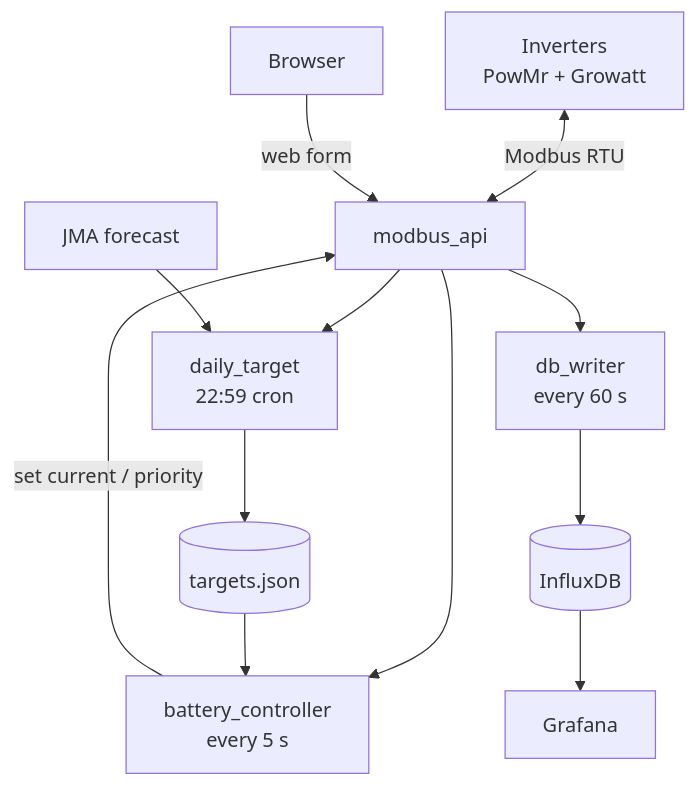
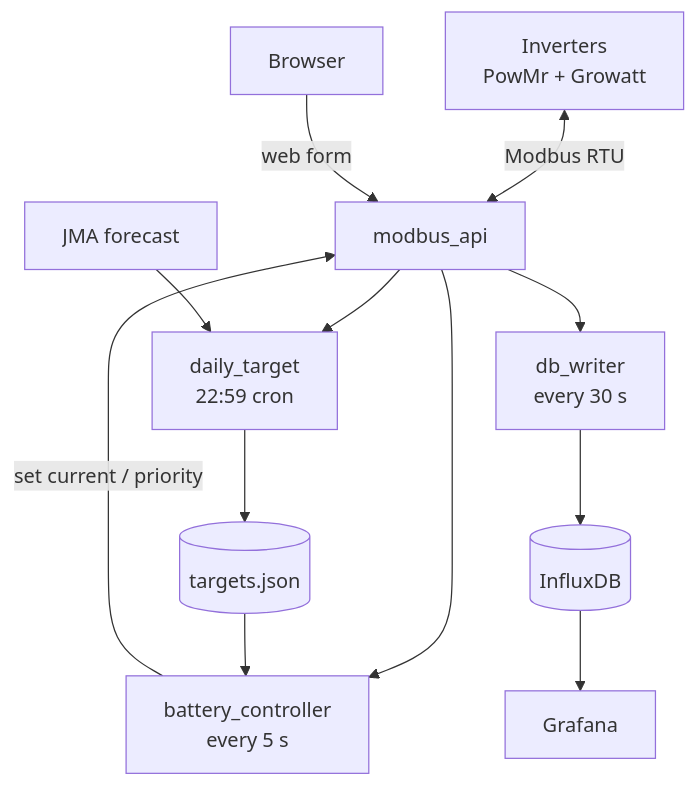
One commit to sadaoikebe/srne-solar-controller changed the diagram in README.md. Above: the diagram before and after it, drawn with Mermaid. The commit also changed 1 other file, not shown here.

Commit message:
raw growatt one sample per minute

````diff
--- a/README.md
+++ b/README.md
@@ -22,20 +22,20 @@
 ```mermaid
 graph TD
     INV[Inverters<br/>PowMr + Growatt]
     JMA[JMA forecast]
     USER[Browser]
 
     INV <-->|Modbus RTU| API[modbus_api]
     USER -->|web form| API
 
     API --> BC[battery_controller<br/>every 5 s]
-    API --> DW[db_writer<br/>every 60 s]
+    API --> DW[db_writer<br/>every 30 s]
     API --> DT[daily_target<br/>22:59 cron]
     BC -->|set current / priority| API
 
     JMA --> DT
     DT --> TJ[(targets.json)]
     TJ --> BC
 
     DW --> IF[(InfluxDB)] --> GF[Grafana]
 ```
````
